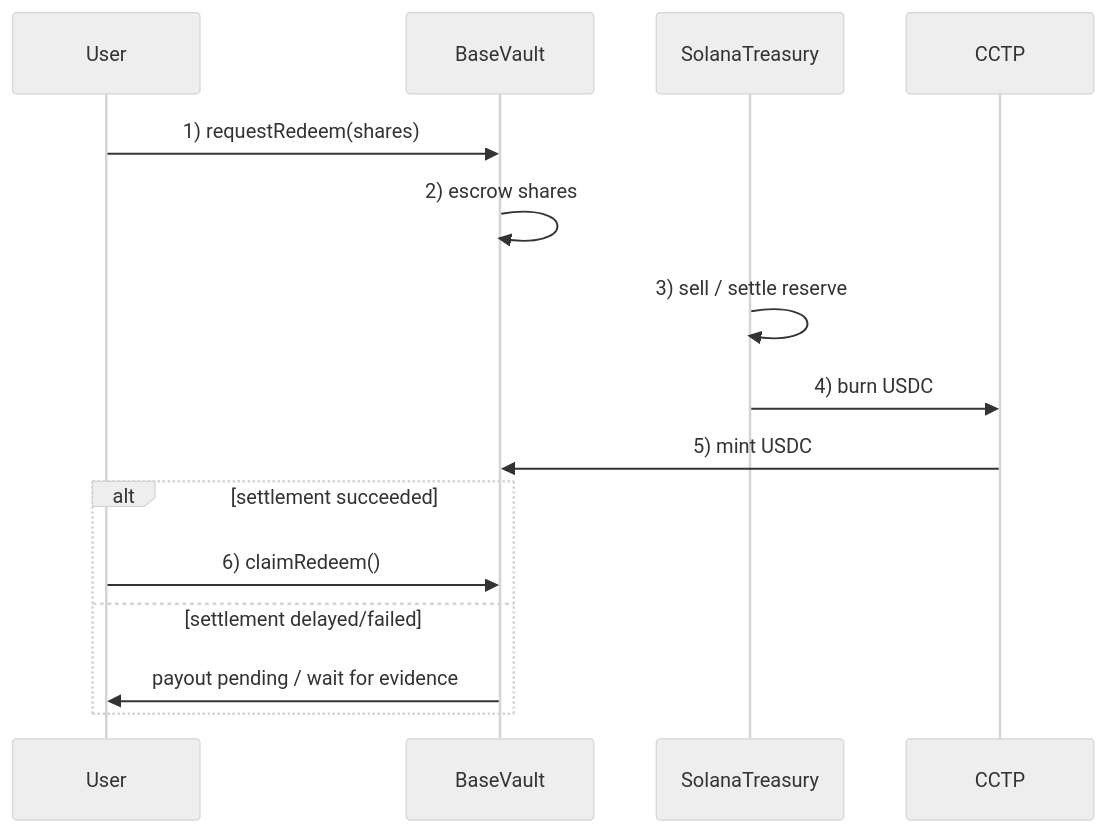
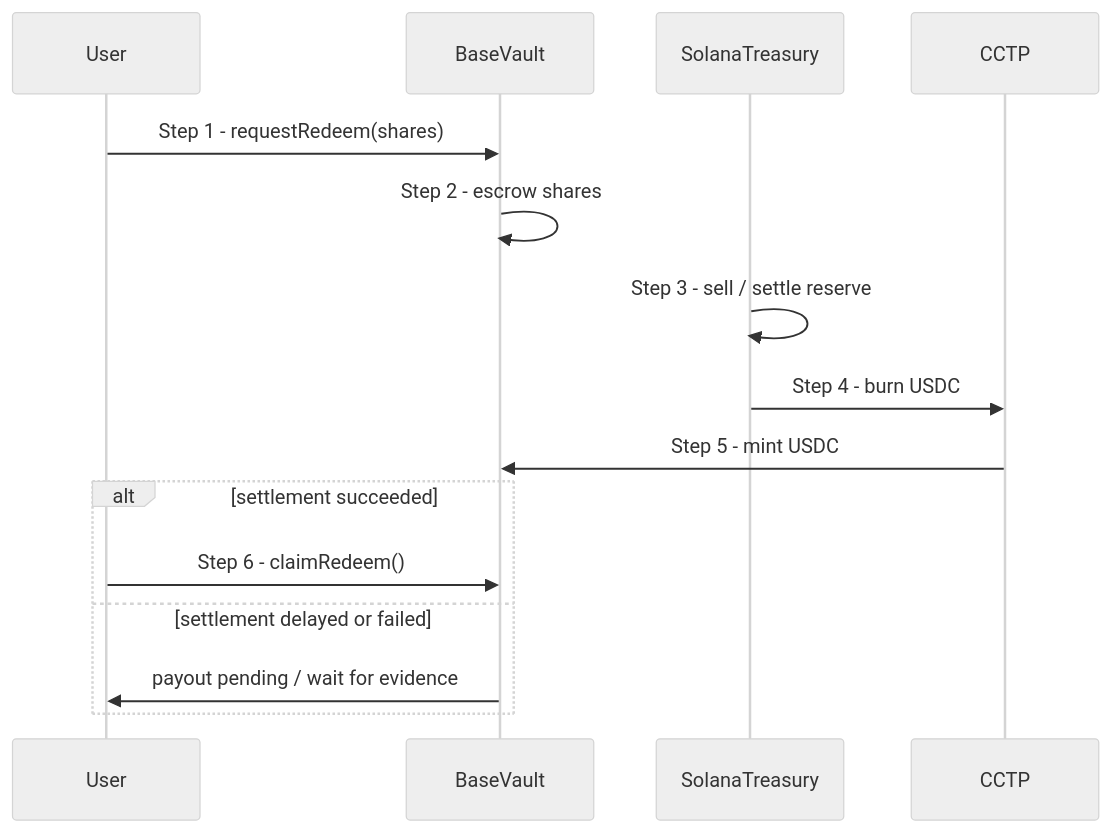
Before and after one commit to Ham3798/OmniETF: the third of 3 diagrams in slides.md, drawn with Mermaid (neutral theme). The commit also changed other lines of this file, not shown here.

````diff
--- a/slides.md
+++ b/slides.md
@@ -455,17 +458,19 @@
 ```mermaid
 sequenceDiagram
-  participant User
-  participant BaseVault
-  participant SolanaTreasury
-  participant CCTP
-  User->>BaseVault: 1) requestRedeem(shares)
-  BaseVault->>BaseVault: 2) escrow shares
-  SolanaTreasury->>SolanaTreasury: 3) sell / settle reserve
-  SolanaTreasury->>CCTP: 4) burn USDC
-  CCTP->>BaseVault: 5) mint USDC
+  participant U as User
+  participant BV as BaseVault
+  participant ST as SolanaTreasury
+  participant CP as CCTP
+
+  U->>BV: Step 1 - requestRedeem(shares)
+  BV->>BV: Step 2 - escrow shares
+  ST->>ST: Step 3 - sell / settle reserve
+  ST->>CP: Step 4 - burn USDC
+  CP->>BV: Step 5 - mint USDC
+
   alt settlement succeeded
-    User->>BaseVault: 6) claimRedeem()
-  else settlement delayed/failed
-    BaseVault->>User: payout pending / wait for evidence
+    U->>BV: Step 6 - claimRedeem()
+  else settlement delayed or failed
+    BV->>U: payout pending / wait for evidence
   end
 ```
````
